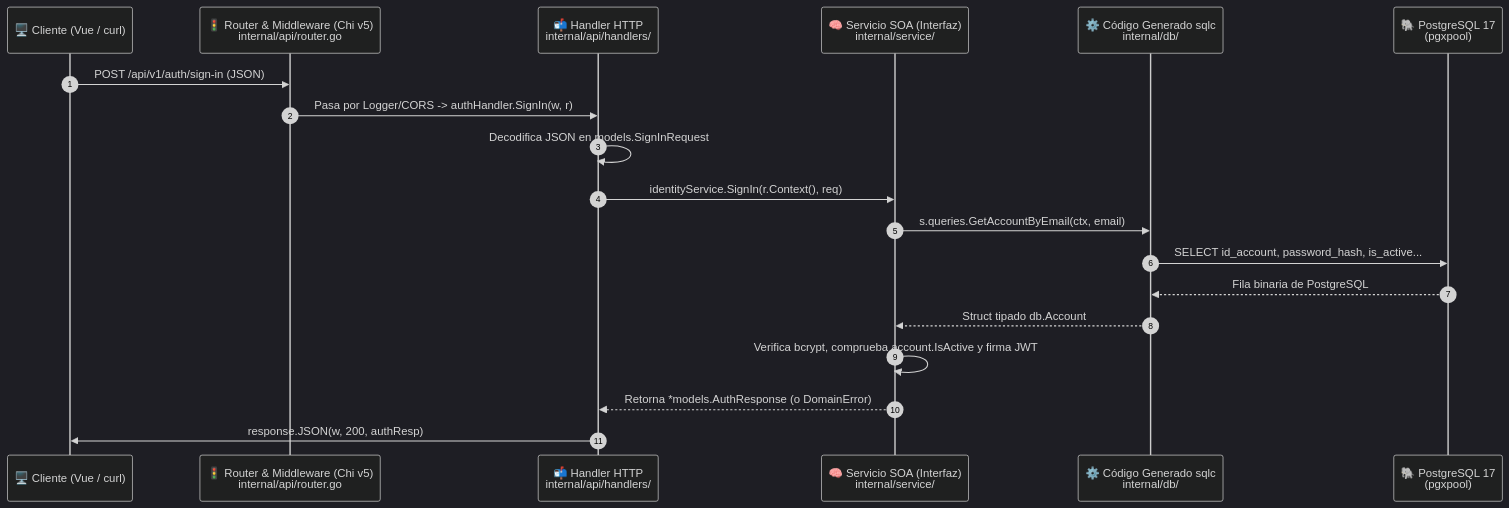
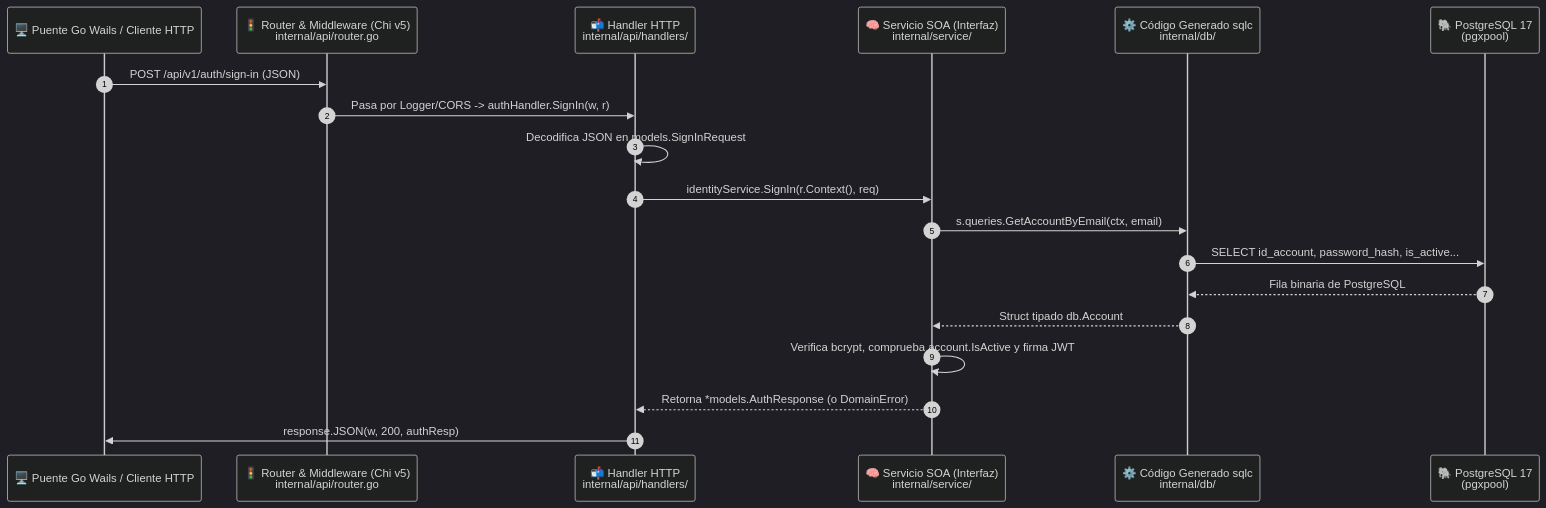
Before and after one commit to OGShawnLee/palabrario: the diagram in learning/GO-STACK.md, drawn with Mermaid (dark theme). The commit also changed other lines of this file and 12 other files, not shown here.

````diff
--- a/learning/GO-STACK.md
+++ b/learning/GO-STACK.md
@@ -30,22 +30,22 @@
 ```mermaid
 sequenceDiagram
     autonumber
-    participant Client as 🖥️ Cliente (Vue / curl)
+    participant Client as 🖥️ Puente Go Wails / Cliente HTTP
     participant Router as 🚦 Router & Middleware (Chi v5)<br/>internal/api/router.go
     participant Handler as 📬 Handler HTTP<br/>internal/api/handlers/
     participant Service as 🧠 Servicio SOA (Interfaz)<br/>internal/service/
     participant SQLC as ⚙️ Código Generado sqlc<br/>internal/db/
     participant PG as 🐘 PostgreSQL 17<br/>(pgxpool)
 
     Client->>Router: POST /api/v1/auth/sign-in (JSON)
     Router->>Handler: Pasa por Logger/CORS -> authHandler.SignIn(w, r)
     Handler->>Handler: Decodifica JSON en models.SignInRequest
     Handler->>Service: identityService.SignIn(r.Context(), req)
     Service->>SQLC: s.queries.GetAccountByEmail(ctx, email)
     SQLC->>PG: SELECT id_account, password_hash, is_active...
     PG-->>SQLC: Fila binaria de PostgreSQL
     SQLC-->>Service: Struct tipado db.Account
     Service->>Service: Verifica bcrypt, comprueba account.IsActive y firma JWT
     Service-->>Handler: Retorna *models.AuthResponse (o DomainError)
     Handler->>Client: response.JSON(w, 200, authResp)
 ```
````
